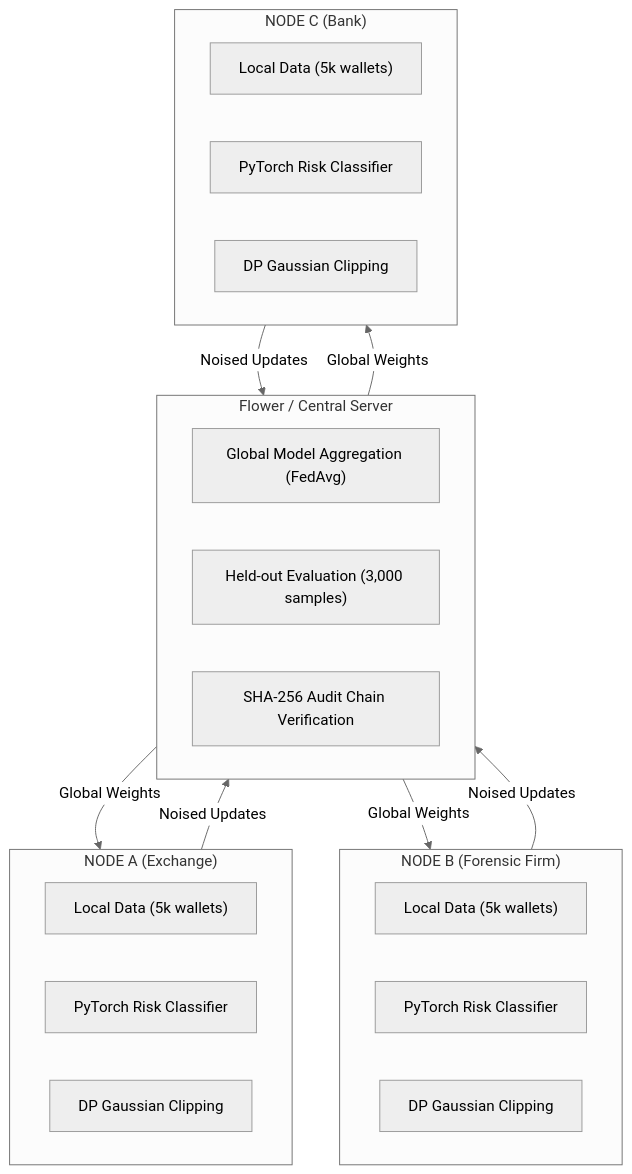
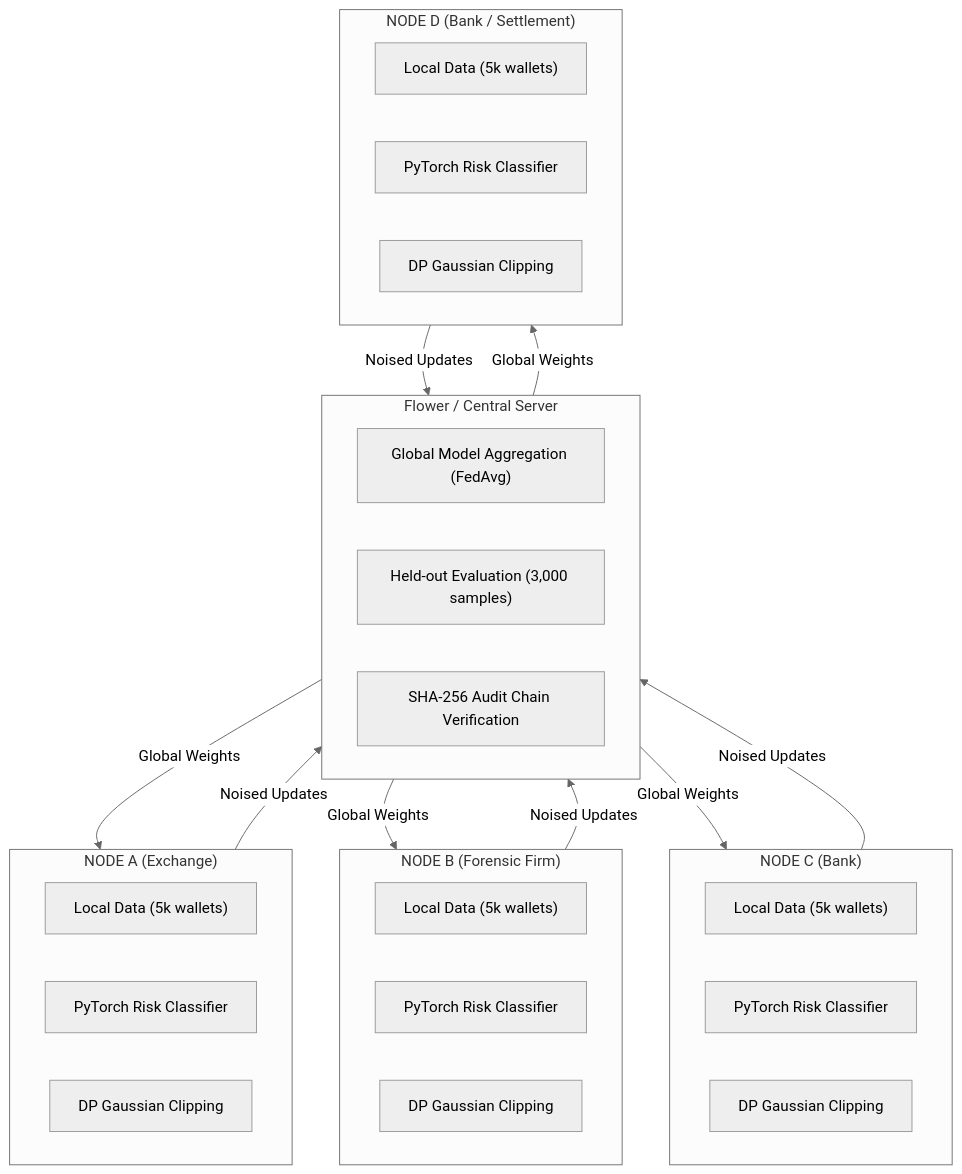
One commit to HiNoOu/project-cipherwatch changed the diagram in README.md. Above: the diagram before and after it, drawn with Mermaid (neutral theme). The commit also changed other lines of this file and 5 other files, not shown here.

````diff
--- a/README.md
+++ b/README.md
@@ -27,34 +35,42 @@
 ```mermaid
 flowchart TD
     subgraph Central_Server ["Flower / Central Server"]
         CS1["Global Model Aggregation (FedAvg)"]
         CS2["Held-out Evaluation (3,000 samples)"]
         CS3["SHA-256 Audit Chain Verification"]
     end
 
     subgraph Node_A ["NODE A (Exchange)"]
         NA1["Local Data (5k wallets)"]
         NA2["PyTorch Risk Classifier"]
         NA3["DP Gaussian Clipping"]
     end
 
     subgraph Node_B ["NODE B (Forensic Firm)"]
         NB1["Local Data (5k wallets)"]
         NB2["PyTorch Risk Classifier"]
         NB3["DP Gaussian Clipping"]
     end
 
     subgraph Node_C ["NODE C (Bank)"]
         NC1["Local Data (5k wallets)"]
         NC2["PyTorch Risk Classifier"]
         NC3["DP Gaussian Clipping"]
     end
 
+    subgraph Node_D ["NODE D (Bank / Settlement)"]
+        ND1["Local Data (5k wallets)"]
+        ND2["PyTorch Risk Classifier"]
+        ND3["DP Gaussian Clipping"]
+    end
+
     Central_Server -->|Global Weights| Node_A
     Central_Server -->|Global Weights| Node_B
     Central_Server -->|Global Weights| Node_C
+    Central_Server -->|Global Weights| Node_D
 
     Node_A -->|Noised Updates| Central_Server
     Node_B -->|Noised Updates| Central_Server
     Node_C -->|Noised Updates| Central_Server
+    Node_D -->|Noised Updates| Central_Server
 ```
````
